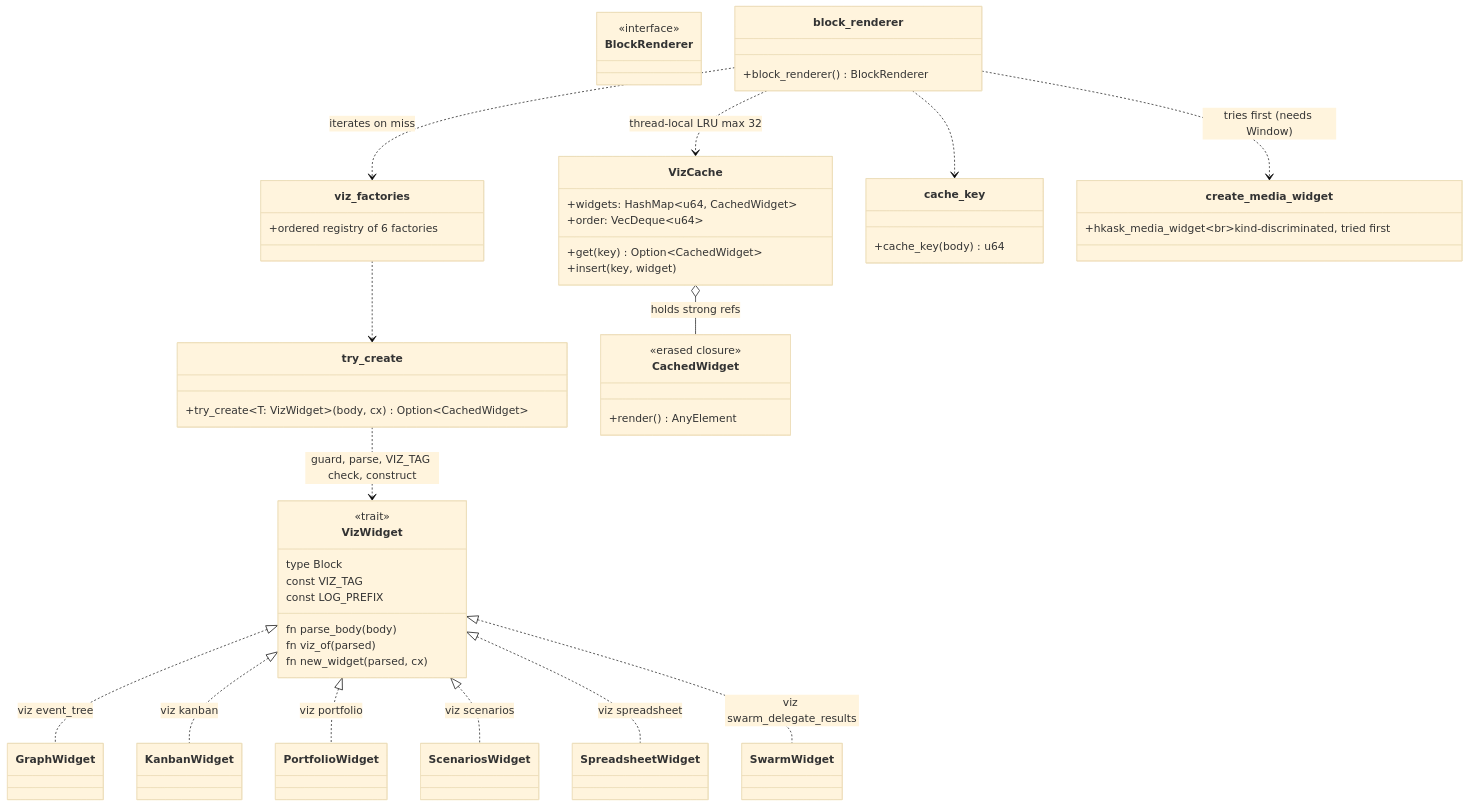
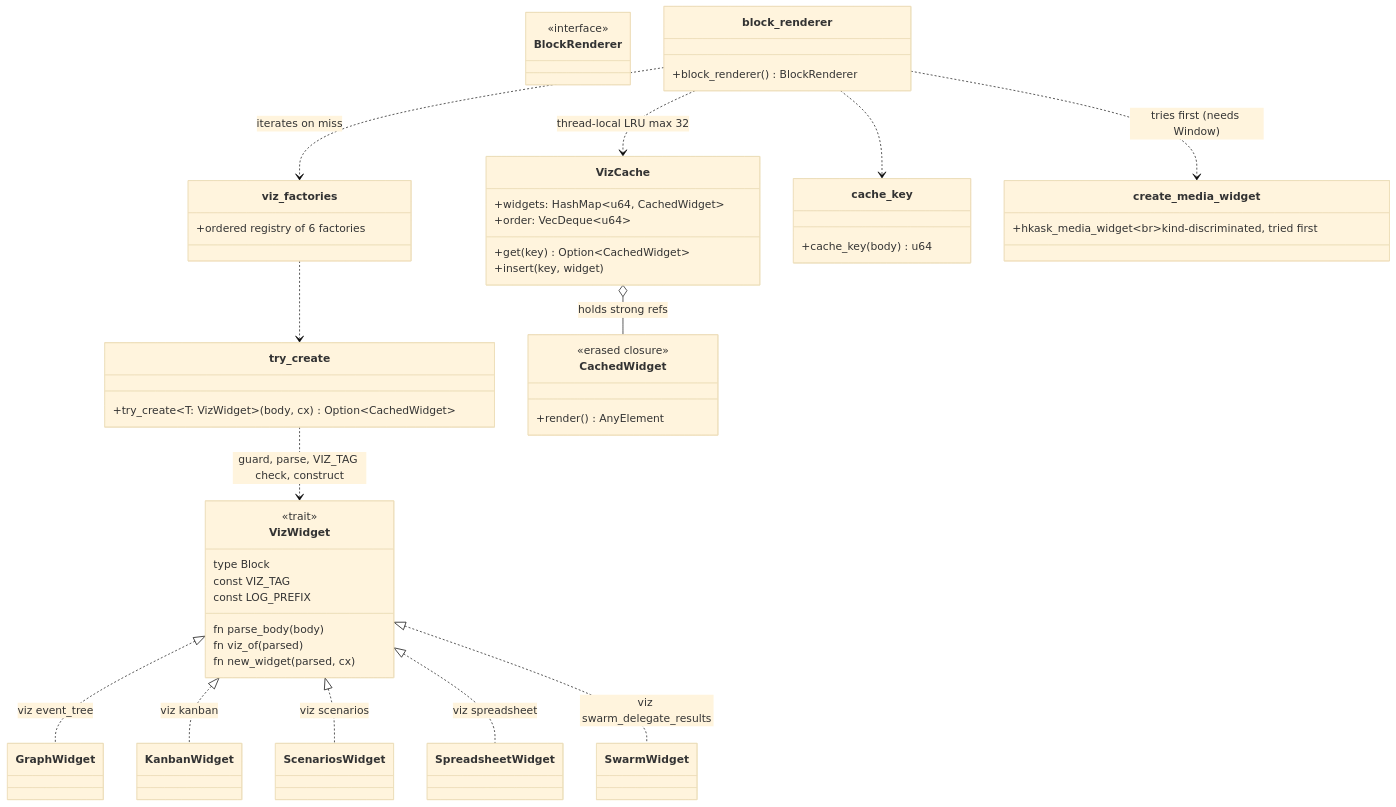
The seventh of 8 diagrams in kask/docs/diagrams/architecture.md (mdz-axo/zed-kask), drawn with Mermaid (base theme) before and after one commit. The commit also changed other lines of this file and 70 other files, not shown here.

````diff
--- a/kask/docs/diagrams/architecture.md
+++ b/kask/docs/diagrams/architecture.md
@@ -513,54 +509,53 @@
 ```mermaid
 classDiagram
     class BlockRenderer {
         <<interface>>
     }
     class block_renderer {
         +block_renderer() BlockRenderer
     }
     class VizWidget {
         <<trait>>
         type Block
         const VIZ_TAG
         const LOG_PREFIX
         fn parse_body(body)
         fn viz_of(parsed)
         fn new_widget(parsed, cx)
     }
     class try_create {
         +try_create~T: VizWidget~(body, cx) Option~CachedWidget~
     }
     class viz_factories {
         +ordered registry of 6 factories
     }
     class CachedWidget {
         <<erased closure>>
         +render() AnyElement
     }
     class VizCache {
         +widgets: HashMap~u64, CachedWidget~
         +order: VecDeque~u64~
         +get(key) Option~CachedWidget~
         +insert(key, widget)
     }
     class cache_key {
         +cache_key(body) u64
     }
     class create_media_widget {
         +hkask_media_widget<br/>kind-discriminated, tried first
     }
 
     block_renderer ..> create_media_widget : tries first (needs Window)
     block_renderer ..> viz_factories : iterates on miss
     viz_factories ..> try_create
     try_create ..> VizWidget : guard, parse, VIZ_TAG check, construct
     block_renderer ..> VizCache : thread-local LRU max 32
     block_renderer ..> cache_key
     VizCache o-- CachedWidget : holds strong refs
     VizWidget <|.. GraphWidget : viz event_tree
     VizWidget <|.. KanbanWidget : viz kanban
-    VizWidget <|.. PortfolioWidget : viz portfolio
     VizWidget <|.. ScenariosWidget : viz scenarios
     VizWidget <|.. SpreadsheetWidget : viz spreadsheet
     VizWidget <|.. SwarmWidget : viz swarm_delegate_results
 ```
````
